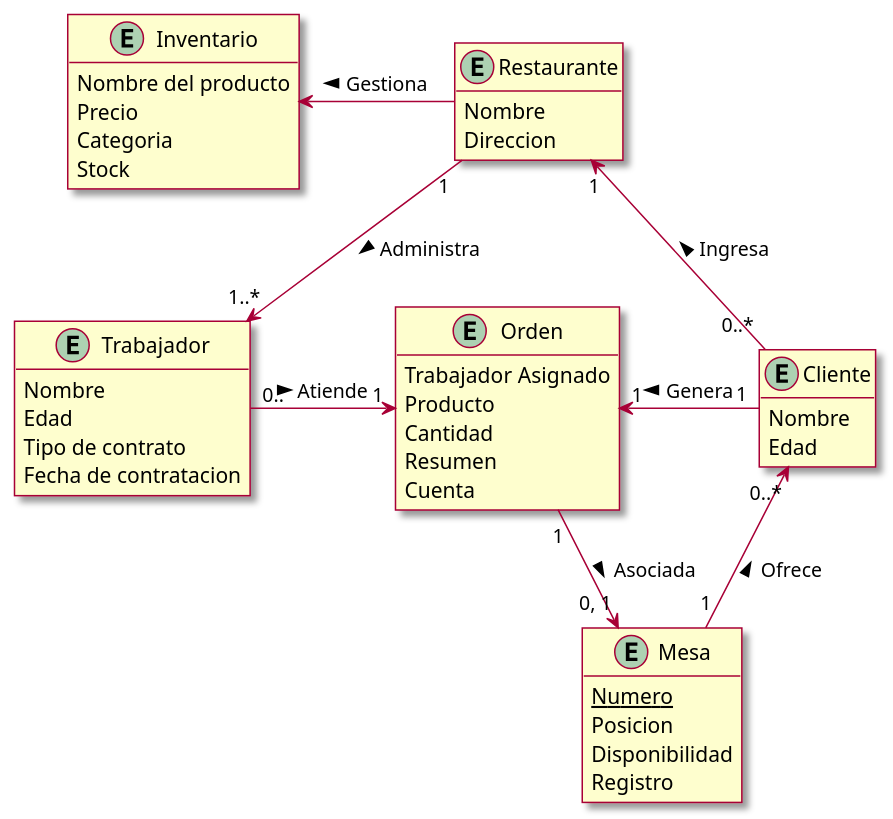
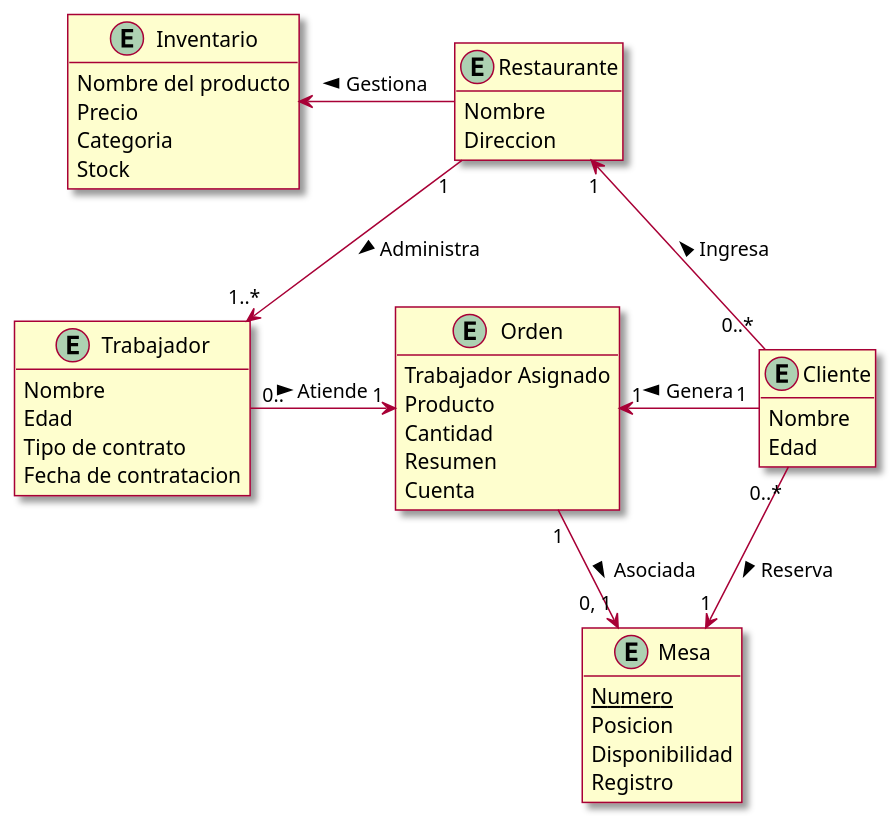
One commit to DanielDiazVargas/Prog.Av._Taller-1 changed the diagram in src/Dominio.puml. Above: the diagram before and after it, drawn with PlantUML.

```diff
--- a/src/Dominio.puml
+++ b/src/Dominio.puml
@@ -1,51 +1,51 @@
 @startuml
 skin rose
 hide empty members
 
 entity Restaurante {
 Nombre
 Direccion
 }
 
 entity Trabajador {
 Nombre
 Edad
 Tipo de contrato
 Fecha de contratacion
 }
 
 entity Orden {
 Trabajador Asignado
 Producto
 Cantidad
 Resumen
 Cuenta
 }
 
 entity Mesa {
 {static}Numero
 Posicion
 Disponibilidad
 Registro
 }
 
 entity Cliente {
 Nombre
 Edad
 }
 
 entity Inventario {
 Nombre del producto
 Precio
 Categoria
 Stock
 }
 
 Restaurante -left-> Inventario : Gestiona >
 Restaurante "1" <-right- "0..*" Cliente : Ingresa <
 Restaurante "1" -down-> "1..*" Trabajador : Administra >
 Trabajador "0.." -right-> "1" Orden : Atiende >
 Orden "1" -up-> "0, 1" Mesa : Asociada >
-Mesa "1" -up-> "0..*" Cliente : Ofrece >
+Mesa "1" <-up- "0..*" Cliente : Reserva <
 Cliente "1" -left-> "1" Orden : Genera >
 @enduml
```
